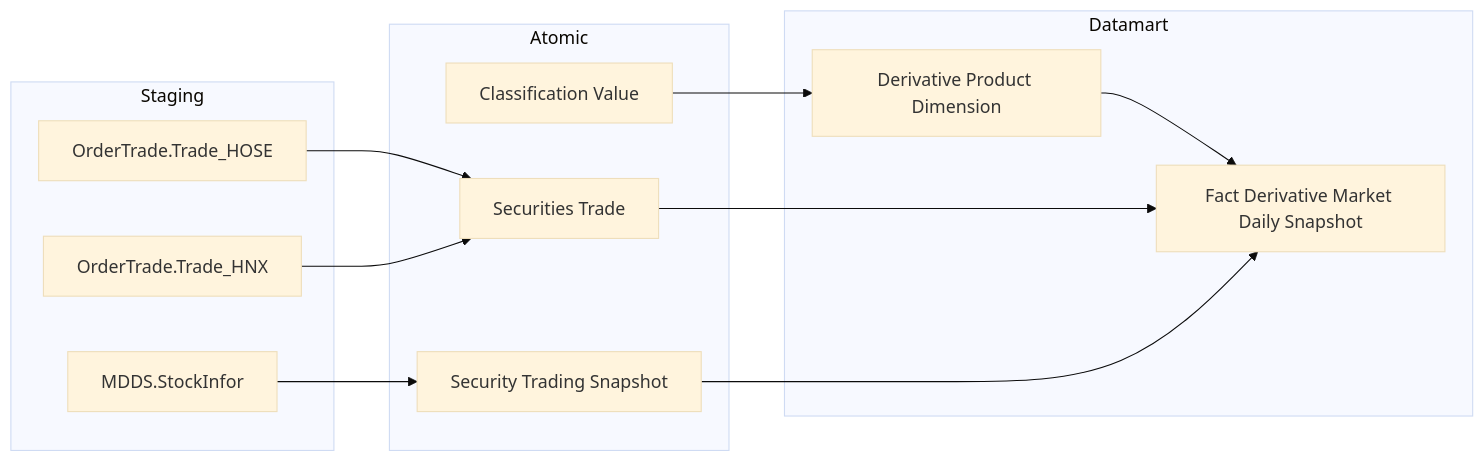
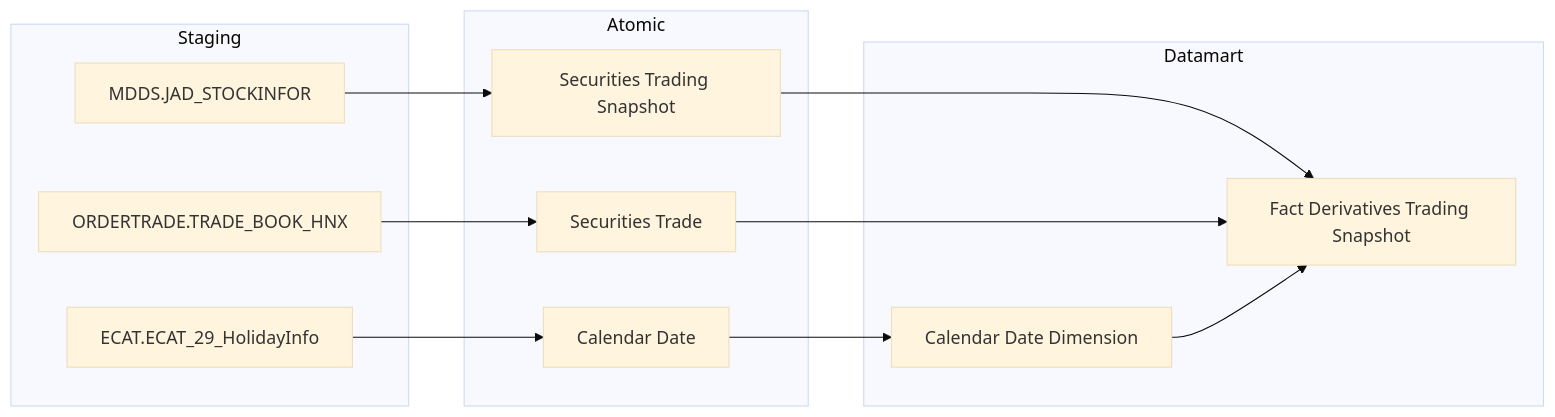
One commit to linhlvit/ubck_atomic_design changed the second of 22 diagrams in Datamart/hld/DTM_VP_HLD.md. Above: the diagram before and after it, drawn with Mermaid (base theme). The commit also changed other lines of this file and 14 other files, not shown here.

````diff
--- a/Datamart/hld/DTM_VP_HLD.md
+++ b/Datamart/hld/DTM_VP_HLD.md
@@ -42,24 +40,24 @@
 ```mermaid
 flowchart LR
     subgraph SRC["Staging"]
-        S2[OrderTrade.Trade_HOSE]
-        S3[OrderTrade.Trade_HNX]
-        S4[MDDS.StockInfor]
+        MDDS_JAD_STOCKINFOR["MDDS.JAD_STOCKINFOR"]
+        ORDERTRADE_TRADE_BOOK_HNX2["ORDERTRADE.TRADE_BOOK_HNX"]
+        ECAT_ECAT_29_HolidayInfo2["ECAT.ECAT_29_HolidayInfo"]
     end
     subgraph SIL["Atomic"]
-        A2[Securities Trade]
-        A4[Security Trading Snapshot]
-        A3[Classification Value]
+        Securities_Trading_Snapshot["Securities Trading Snapshot"]
+        Securities_Trade2["Securities Trade"]
+        Calendar_Date2["Calendar Date"]
     end
     subgraph GOLD["Datamart"]
-        D3[Derivative Product Dimension]
-        F2[Fact Derivative Market Daily Snapshot]
-        D3 --> F2
+        fct_derv_tdg_snpst["Fact Derivatives Trading Snapshot"]
+        cdr_dt_dim2["Calendar Date Dimension"]
     end
-    S2 --> A2
-    S3 --> A2
-    S4 --> A4
-    A2 --> F2
-    A4 --> F2
-    A3 --> D3
+    MDDS_JAD_STOCKINFOR --> Securities_Trading_Snapshot
+    ORDERTRADE_TRADE_BOOK_HNX2 --> Securities_Trade2
+    ECAT_ECAT_29_HolidayInfo2 --> Calendar_Date2
+    Securities_Trading_Snapshot --> fct_derv_tdg_snpst
+    Securities_Trade2 --> fct_derv_tdg_snpst
+    Calendar_Date2 --> cdr_dt_dim2
+    cdr_dt_dim2 --> fct_derv_tdg_snpst
 ```
````
